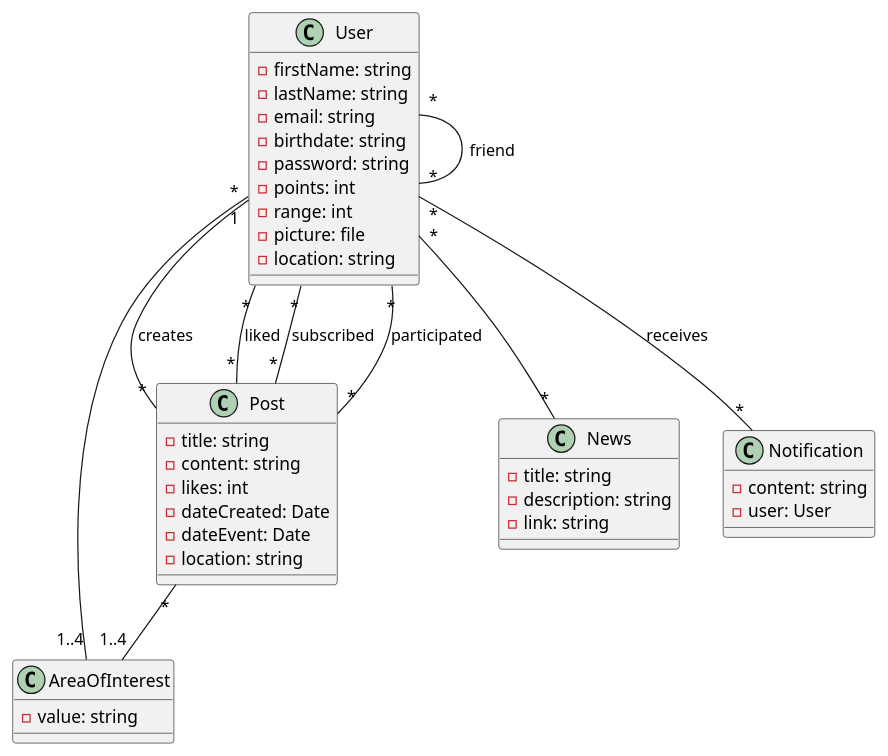
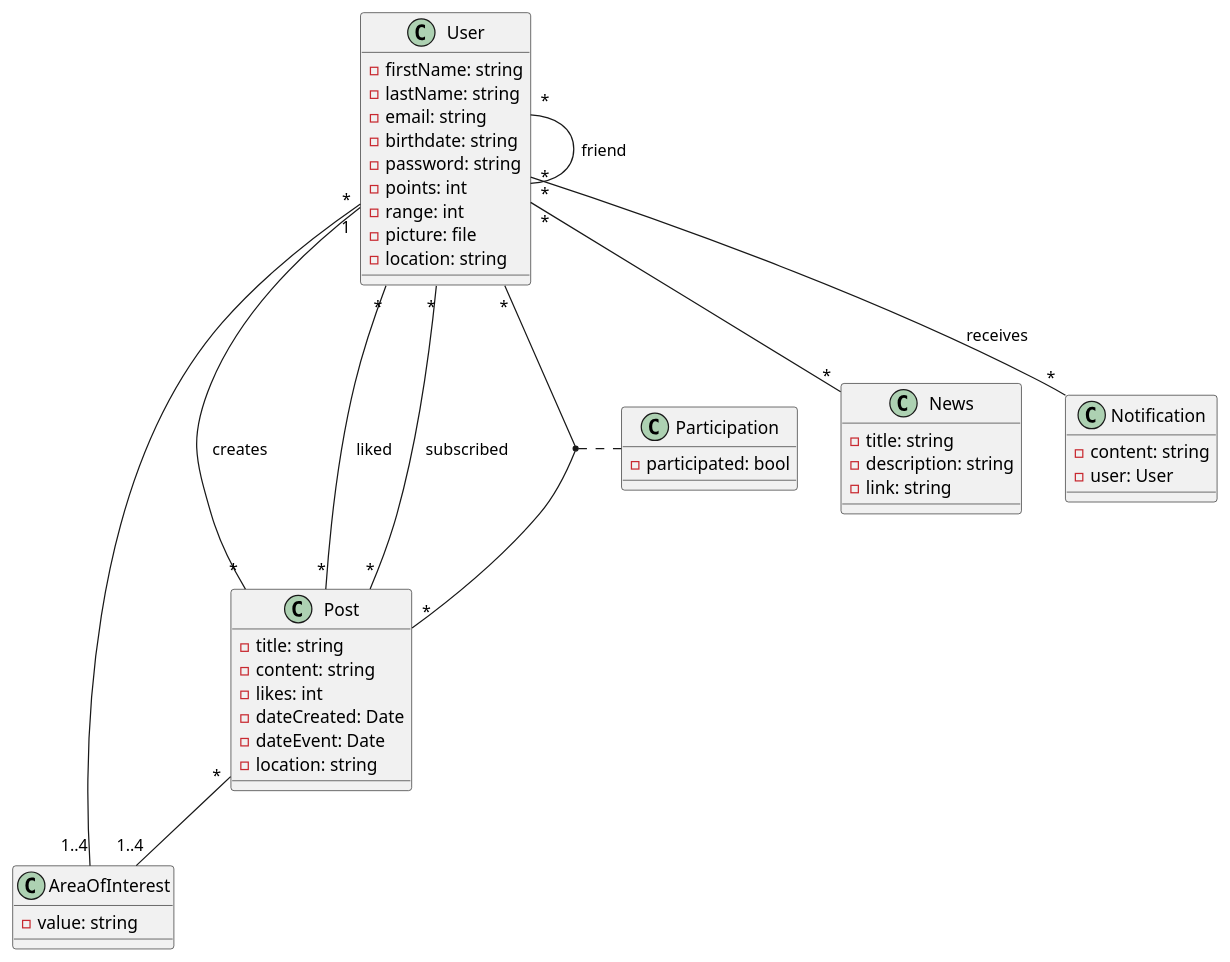
The diagram in Resources/umlClasses.plantuml (GoncaloMatias1/ES_Project2), drawn with PlantUML before and after one commit. The commit also changed 1 other file, not shown here.

Commit message:
Changed classes uml

```diff
--- a/Resources/umlClasses.plantuml
+++ b/Resources/umlClasses.plantuml
@@ -1,51 +1,56 @@
 @startuml App
 'Location stores the coordinates'
 class User {
     - firstName: string
     - lastName: string
     - email: string
     - birthdate: string
     - password: string
     - points: int
     - range: int
     - picture: file
     - location: string
 }
 
 class AreaOfInterest {
     - value: string
 }
 
 class Post {
     - title: string
     - content: string
     - likes: int
     - dateCreated: Date
     - dateEvent: Date
     - location: string
 }
 
 class News {
     - title: string
     - description: string
     - link: string
 }
 
 class Notification {
     - content: string
     - user: User
 }
 
+class Participation{
+    - participated: bool
+}
+
 
 User "*" -- "*" User: friend
 User "*" -- "*" News
 'A post can have more than one creator'
 User "1" -- "*" Post: creates
 User "*" -- "*" Post: liked
 User "*" -- "*" Notification: receives
 User "*" -- "1..4" AreaOfInterest
 Post "*" -- "1..4" AreaOfInterest
 User "*" -- "*" Post: subscribed
-User "*" -- "*" Post: participated
+User "*" -- "*" Post
+(User, Post) .. Participation
 
 @enduml
```
